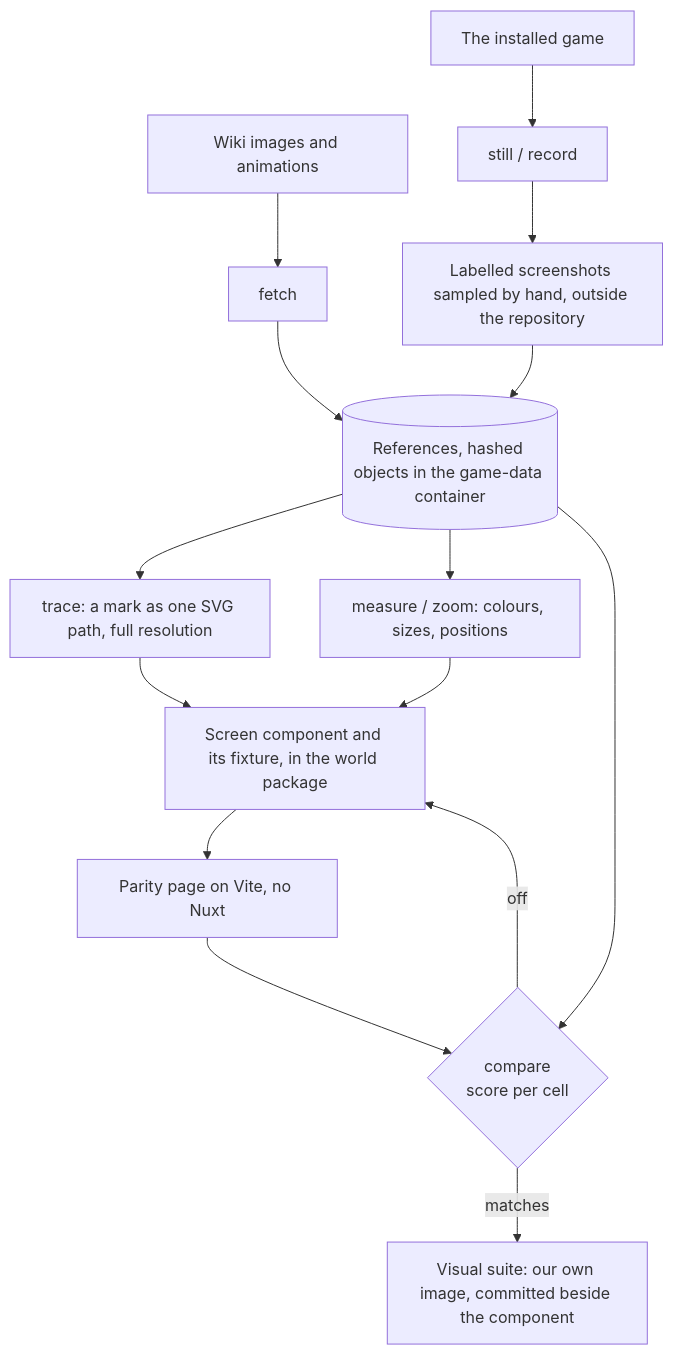
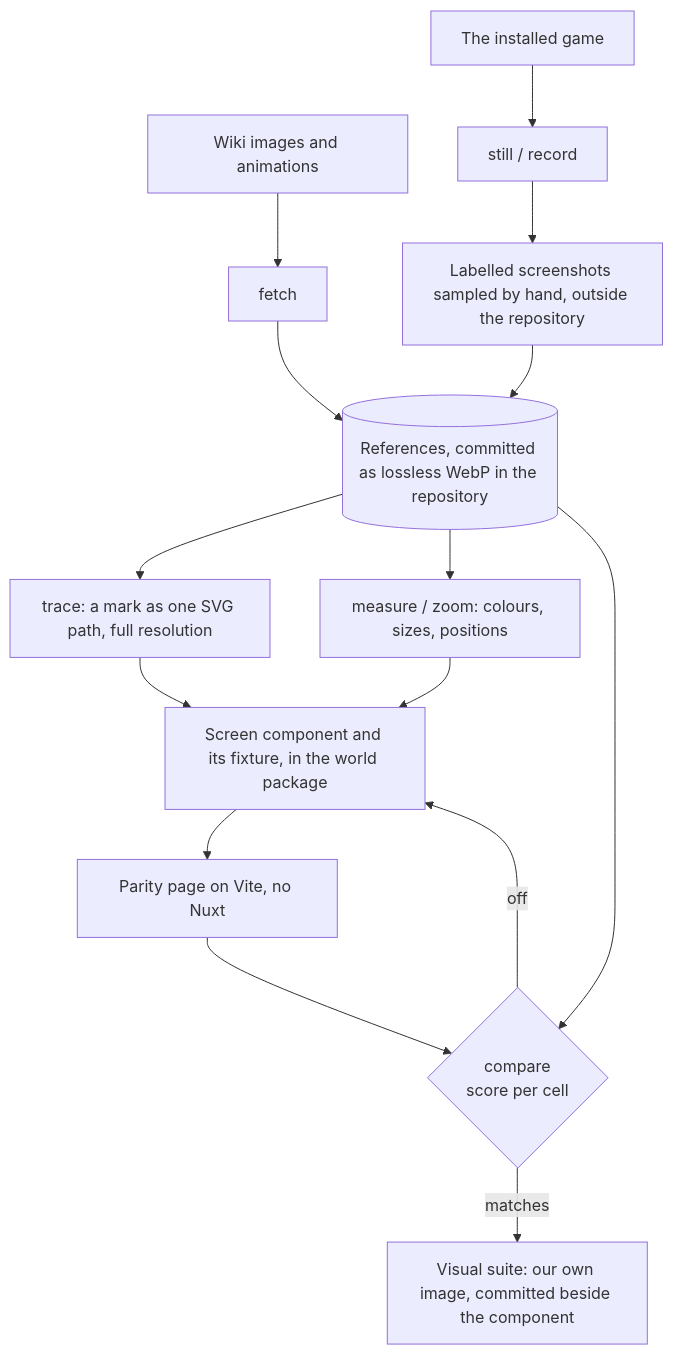
The diagram in openspec/specs/genshin/parity/README.md (Esposter/Esposter), drawn with Mermaid before and after one commit. The commit also changed other lines of this file and 63 other files, not shown here.

````diff
--- a/openspec/specs/genshin/parity/README.md
+++ b/openspec/specs/genshin/parity/README.md
@@ -7,17 +7,17 @@
 ```mermaid
 flowchart TD
   WIKI[Wiki images and animations] --> FETCH[fetch]
   GAME[The installed game] --> CAP[still / record]
   CAP --> SAMPLE[Labelled screenshots sampled by hand, outside the repository]
-  FETCH --> REF[(References, hashed objects in the game-data container)]
+  FETCH --> REF[(References, committed as lossless WebP in the repository)]
   SAMPLE --> REF
   REF --> TRACE[trace: a mark as one SVG path, full resolution]
   TRACE --> SCREEN[Screen component and its fixture, in the world package]
   REF --> MEASURE[measure / zoom: colours, sizes, positions]
   MEASURE --> SCREEN
   SCREEN --> PAGE[Parity page on Vite, no Nuxt]
   PAGE --> COMPARE{compare<br/>score per cell}
   REF --> COMPARE
   COMPARE -->|off| SCREEN
   COMPARE -->|matches| VISUAL[Visual suite: our own image, committed beside the component]
 ```
````
